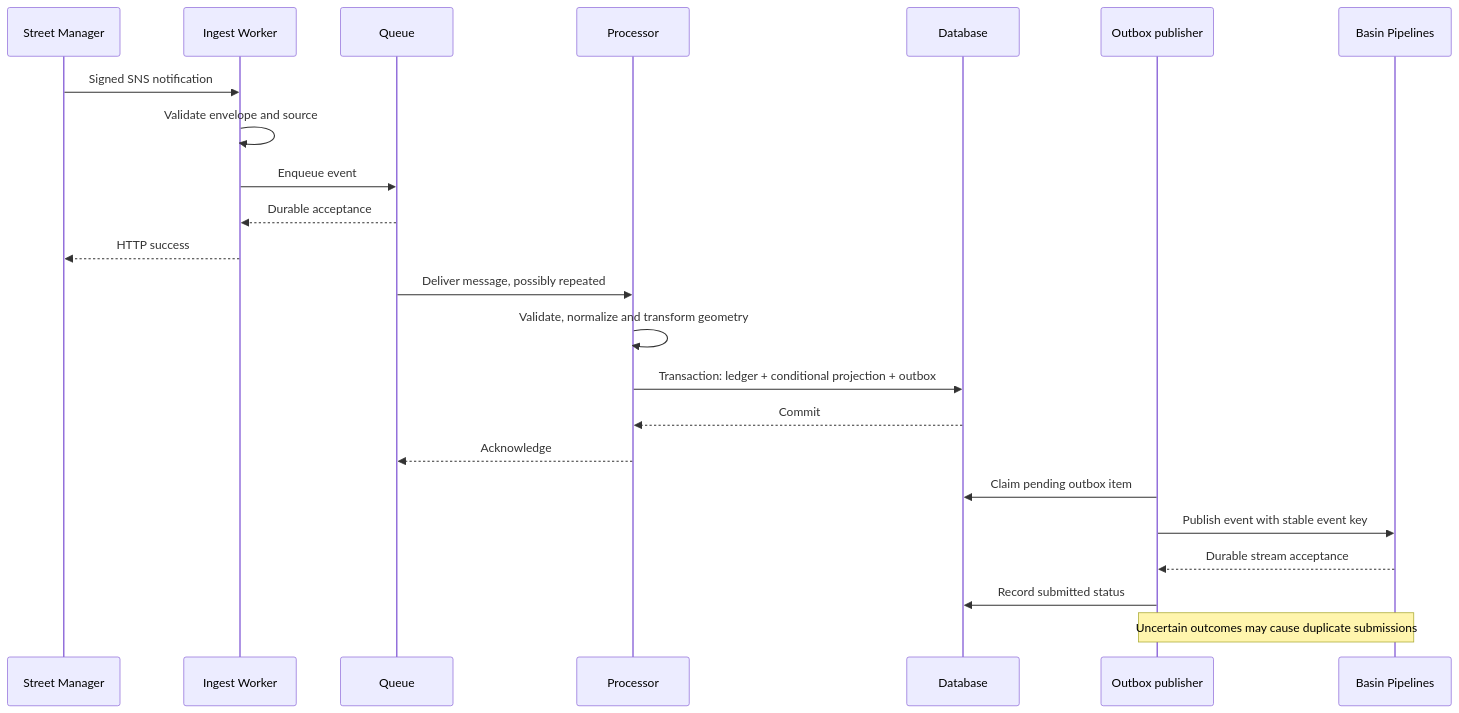
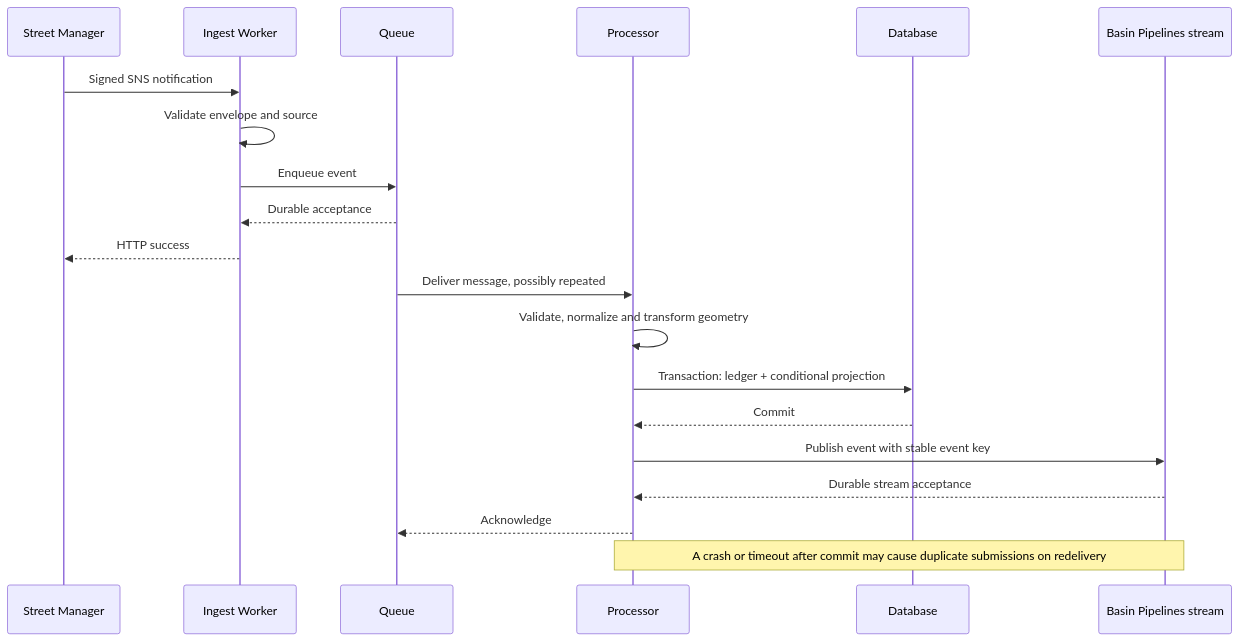
One commit to adrianhall/cf-demos changed the second of 5 diagrams in specs/open-roadworks/00-introduction.md. Above: the diagram before and after it, drawn with Mermaid. The commit also changed other lines of this file and 2 other files, not shown here.

````diff
--- a/specs/open-roadworks/00-introduction.md
+++ b/specs/open-roadworks/00-introduction.md
@@ -115,25 +116,22 @@
 ```mermaid
 sequenceDiagram
     participant S as Street Manager
     participant W as Ingest Worker
     participant Q as Queue
     participant P as Processor
     participant D as Database
-    participant O as Outbox publisher
-    participant B as Basin Pipelines
+    participant B as Basin Pipelines stream
     S->>W: Signed SNS notification
     W->>W: Validate envelope and source
     W->>Q: Enqueue event
     Q-->>W: Durable acceptance
     W-->>S: HTTP success
     Q->>P: Deliver message, possibly repeated
     P->>P: Validate, normalize and transform geometry
-    P->>D: Transaction: ledger + conditional projection + outbox
+    P->>D: Transaction: ledger + conditional projection
     D-->>P: Commit
+    P->>B: Publish event with stable event key
+    B-->>P: Durable stream acceptance
     P-->>Q: Acknowledge
-    O->>D: Claim pending outbox item
-    O->>B: Publish event with stable event key
-    B-->>O: Durable stream acceptance
-    O->>D: Record submitted status
-    Note over O,B: Uncertain outcomes may cause duplicate submissions
+    Note over P,B: A crash or timeout after commit may cause duplicate submissions on redelivery
 ```
````
